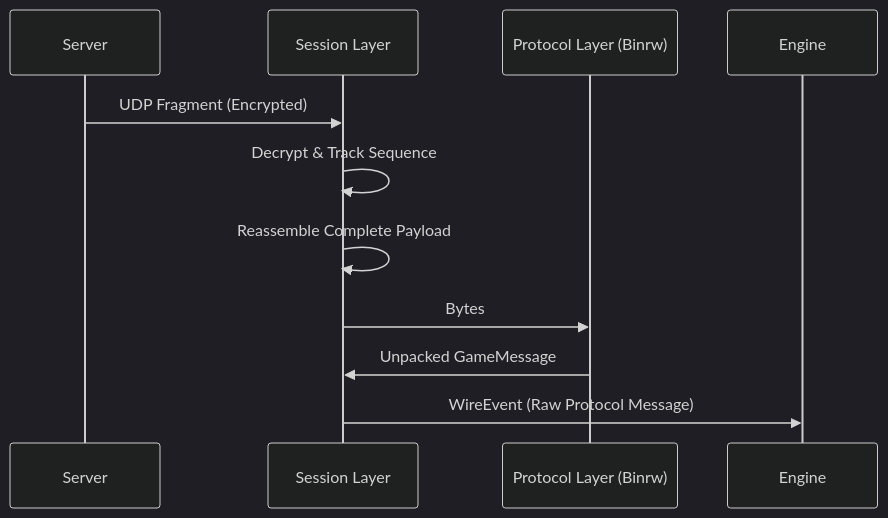
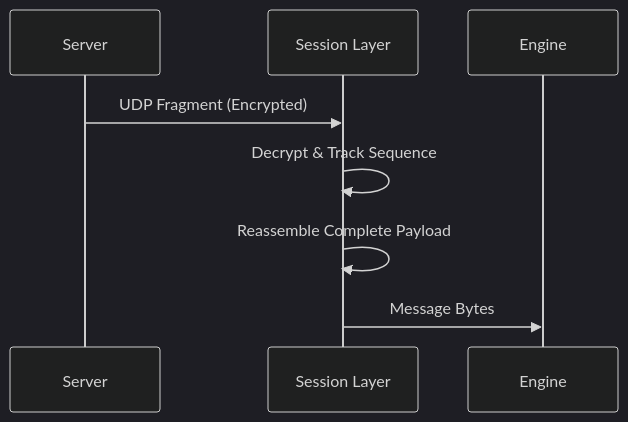
One commit to merklejerk/holtburger changed the diagram in crates/holtburger-session/ARCHITECTURE.md. Above: the diagram before and after it, drawn with Mermaid (dark theme). The commit also changed other lines of this file and 11 other files, not shown here.

Commit message:
remove WireEvent

````diff
--- a/crates/holtburger-session/ARCHITECTURE.md
+++ b/crates/holtburger-session/ARCHITECTURE.md
@@ -24,14 +24,11 @@
 ```mermaid
 sequenceDiagram
     participant Srv as Server
     participant Sess as Session Layer
-    participant Proto as Protocol Layer (Binrw)
     participant Core as Engine
 
     Srv->>Sess: UDP Fragment (Encrypted)
     Sess->>Sess: Decrypt & Track Sequence
     Sess->>Sess: Reassemble Complete Payload
-    Sess->>Proto: Bytes
-    Proto->>Sess: Unpacked GameMessage
-    Sess->>Core: WireEvent (Raw Protocol Message)
+    Sess->>Core: Message Bytes
 ```
````
